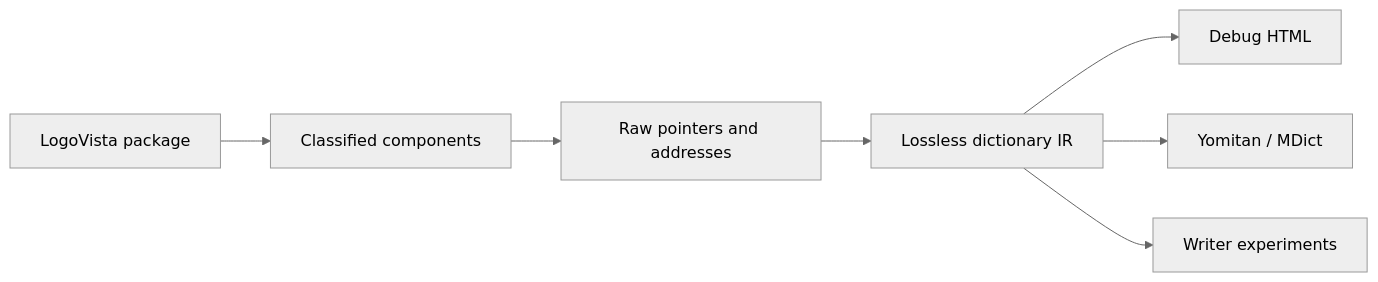
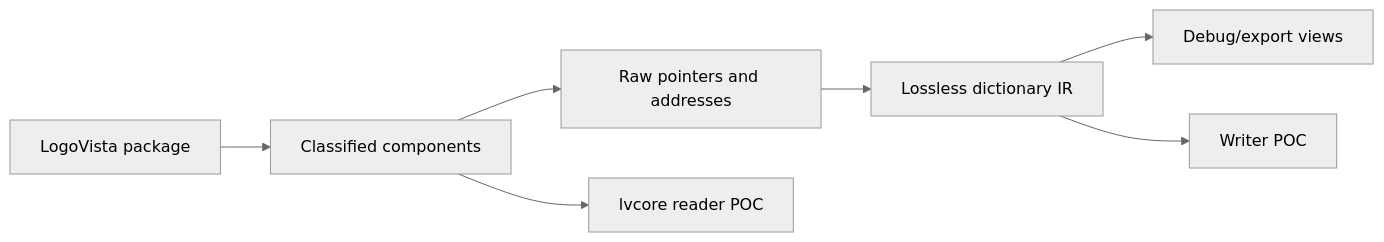
The diagram in README.md (shoui520/logovista-tools), drawn with Mermaid (neutral theme) before and after one commit. The commit also changed other lines of this file and 5 other files, not shown here.

Commit message:
Clarify lvcore reader architecture and project status

````diff
--- a/README.md
+++ b/README.md
@@ -13,9 +22,9 @@
 ```mermaid
 flowchart LR
     A["LogoVista package"] --> B["Classified components"]
     B --> C["Raw pointers and addresses"]
     C --> D["Lossless dictionary IR"]
-    D --> E["Debug HTML"]
-    D --> F["Yomitan / MDict"]
-    D --> G["Writer experiments"]
+    D --> E["Debug/export views"]
+    D --> F["Writer POC"]
+    B --> G["lvcore reader POC"]
 ```
````
